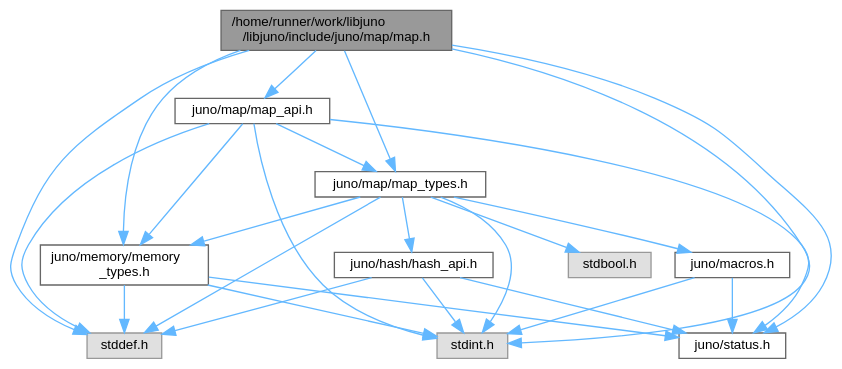
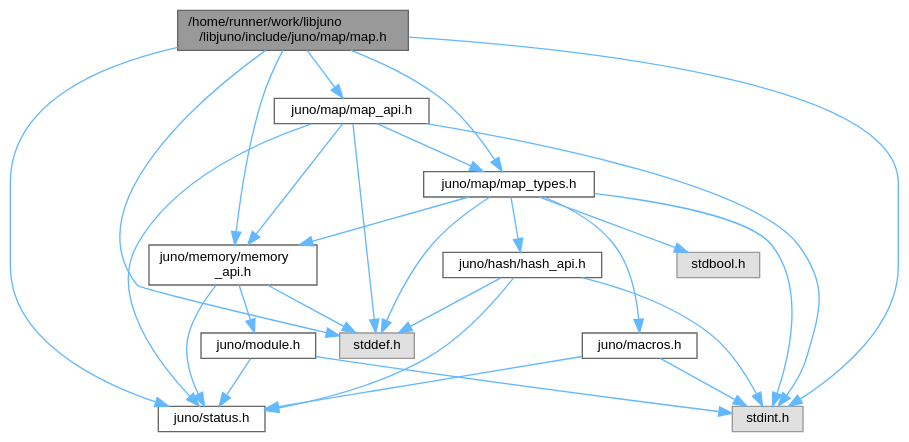
One commit to robinonsay/libjuno changed the diagram in map_8h__incl.dot. Above: the diagram before and after it, drawn with Graphviz. The commit also changed 208 other files, not shown here.

```diff
--- a/map_8h__incl.dot
+++ b/map_8h__incl.dot
@@ -1,42 +1,45 @@
 digraph "/home/runner/work/libjuno/libjuno/include/juno/map/map.h"
 {
  // LATEX_PDF_SIZE
   bgcolor="transparent";
   edge [fontname=Helvetica,fontsize=10,labelfontname=Helvetica,labelfontsize=10];
   node [fontname=Helvetica,fontsize=10,shape=box,height=0.2,width=0.4];
   Node1 [id="Node000001",label="/home/runner/work/libjuno\l/libjuno/include/juno/map/map.h",height=0.2,width=0.4,color="gray40", fillcolor="grey60", style="filled", fontcolor="black",tooltip=" "];
   Node1 -> Node2 [id="edge1_Node000001_Node000002",color="steelblue1",style="solid",tooltip=" "];
   Node2 [id="Node000002",label="juno/map/map_api.h",height=0.2,width=0.4,color="grey40", fillcolor="white", style="filled",URL="$map__api_8h.html",tooltip=" "];
   Node2 -> Node3 [id="edge2_Node000002_Node000003",color="steelblue1",style="solid",tooltip=" "];
-  Node3 [id="Node000003",label="juno/memory/memory\l_types.h",height=0.2,width=0.4,color="grey40", fillcolor="white", style="filled",URL="$memory__types_8h.html",tooltip=" "];
+  Node3 [id="Node000003",label="juno/memory/memory\l_api.h",height=0.2,width=0.4,color="grey40", fillcolor="white", style="filled",URL="$memory__api_8h.html",tooltip=" "];
   Node3 -> Node4 [id="edge3_Node000003_Node000004",color="steelblue1",style="solid",tooltip=" "];
-  Node4 [id="Node000004",label="stddef.h",height=0.2,width=0.4,color="grey60", fillcolor="#E0E0E0", style="filled",tooltip=" "];
+  Node4 [id="Node000004",label="juno/status.h",height=0.2,width=0.4,color="grey40", fillcolor="white", style="filled",URL="$status_8h.html",tooltip=" "];
   Node3 -> Node5 [id="edge4_Node000003_Node000005",color="steelblue1",style="solid",tooltip=" "];
-  Node5 [id="Node000005",label="stdint.h",height=0.2,width=0.4,color="grey60", fillcolor="#E0E0E0", style="filled",tooltip=" "];
-  Node3 -> Node6 [id="edge5_Node000003_Node000006",color="steelblue1",style="solid",tooltip=" "];
-  Node6 [id="Node000006",label="juno/status.h",height=0.2,width=0.4,color="grey40", fillcolor="white", style="filled",URL="$status_8h.html",tooltip=" "];
-  Node2 -> Node6 [id="edge6_Node000002_Node000006",color="steelblue1",style="solid",tooltip=" "];
-  Node2 -> Node4 [id="edge7_Node000002_Node000004",color="steelblue1",style="solid",tooltip=" "];
-  Node2 -> Node5 [id="edge8_Node000002_Node000005",color="steelblue1",style="solid",tooltip=" "];
+  Node5 [id="Node000005",label="juno/module.h",height=0.2,width=0.4,color="grey40", fillcolor="white", style="filled",URL="$module_8h.html",tooltip=" "];
+  Node5 -> Node4 [id="edge5_Node000005_Node000004",color="steelblue1",style="solid",tooltip=" "];
+  Node5 -> Node6 [id="edge6_Node000005_Node000006",color="steelblue1",style="solid",tooltip=" "];
+  Node6 [id="Node000006",label="stdint.h",height=0.2,width=0.4,color="grey60", fillcolor="#E0E0E0", style="filled",tooltip=" "];
+  Node3 -> Node7 [id="edge7_Node000003_Node000007",color="steelblue1",style="solid",tooltip=" "];
+  Node7 [id="Node000007",label="stddef.h",height=0.2,width=0.4,color="grey60", fillcolor="#E0E0E0", style="filled",tooltip=" "];
+  Node2 -> Node4 [id="edge8_Node000002_Node000004",color="steelblue1",style="solid",tooltip=" "];
   Node2 -> Node7 [id="edge9_Node000002_Node000007",color="steelblue1",style="solid",tooltip=" "];
-  Node7 [id="Node000007",label="juno/map/map_types.h",height=0.2,width=0.4,color="grey40", fillcolor="white", style="filled",URL="$map__types_8h.html",tooltip=" "];
-  Node7 -> Node8 [id="edge10_Node000007_Node000008",color="steelblue1",style="solid",tooltip=" "];
-  Node8 [id="Node000008",label="juno/hash/hash_api.h",height=0.2,width=0.4,color="grey40", fillcolor="white", style="filled",URL="$hash__api_8h.html",tooltip=" "];
-  Node8 -> Node4 [id="edge11_Node000008_Node000004",color="steelblue1",style="solid",tooltip=" "];
-  Node8 -> Node5 [id="edge12_Node000008_Node000005",color="steelblue1",style="solid",tooltip=" "];
-  Node8 -> Node6 [id="edge13_Node000008_Node000006",color="steelblue1",style="solid",tooltip=" "];
-  Node7 -> Node9 [id="edge14_Node000007_Node000009",color="steelblue1",style="solid",tooltip=" "];
-  Node9 [id="Node000009",label="juno/macros.h",height=0.2,width=0.4,color="grey40", fillcolor="white", style="filled",URL="$macros_8h.html",tooltip=" "];
-  Node9 -> Node6 [id="edge15_Node000009_Node000006",color="steelblue1",style="solid",tooltip=" "];
-  Node9 -> Node5 [id="edge16_Node000009_Node000005",color="steelblue1",style="solid",tooltip=" "];
-  Node7 -> Node3 [id="edge17_Node000007_Node000003",color="steelblue1",style="solid",tooltip=" "];
-  Node7 -> Node4 [id="edge18_Node000007_Node000004",color="steelblue1",style="solid",tooltip=" "];
-  Node7 -> Node5 [id="edge19_Node000007_Node000005",color="steelblue1",style="solid",tooltip=" "];
-  Node7 -> Node10 [id="edge20_Node000007_Node000010",color="steelblue1",style="solid",tooltip=" "];
-  Node10 [id="Node000010",label="stdbool.h",height=0.2,width=0.4,color="grey60", fillcolor="#E0E0E0", style="filled",tooltip=" "];
-  Node1 -> Node7 [id="edge21_Node000001_Node000007",color="steelblue1",style="solid",tooltip=" "];
-  Node1 -> Node3 [id="edge22_Node000001_Node000003",color="steelblue1",style="solid",tooltip=" "];
-  Node1 -> Node6 [id="edge23_Node000001_Node000006",color="steelblue1",style="solid",tooltip=" "];
-  Node1 -> Node4 [id="edge24_Node000001_Node000004",color="steelblue1",style="solid",tooltip=" "];
-  Node1 -> Node5 [id="edge25_Node000001_Node000005",color="steelblue1",style="solid",tooltip=" "];
+  Node2 -> Node6 [id="edge10_Node000002_Node000006",color="steelblue1",style="solid",tooltip=" "];
+  Node2 -> Node8 [id="edge11_Node000002_Node000008",color="steelblue1",style="solid",tooltip=" "];
+  Node8 [id="Node000008",label="juno/map/map_types.h",height=0.2,width=0.4,color="grey40", fillcolor="white", style="filled",URL="$map__types_8h.html",tooltip=" "];
+  Node8 -> Node9 [id="edge12_Node000008_Node000009",color="steelblue1",style="solid",tooltip=" "];
+  Node9 [id="Node000009",label="juno/hash/hash_api.h",height=0.2,width=0.4,color="grey40", fillcolor="white", style="filled",URL="$hash__api_8h.html",tooltip=" "];
+  Node9 -> Node7 [id="edge13_Node000009_Node000007",color="steelblue1",style="solid",tooltip=" "];
+  Node9 -> Node6 [id="edge14_Node000009_Node000006",color="steelblue1",style="solid",tooltip=" "];
+  Node9 -> Node4 [id="edge15_Node000009_Node000004",color="steelblue1",style="solid",tooltip=" "];
+  Node8 -> Node10 [id="edge16_Node000008_Node000010",color="steelblue1",style="solid",tooltip=" "];
+  Node10 [id="Node000010",label="juno/macros.h",height=0.2,width=0.4,color="grey40", fillcolor="white", style="filled",URL="$macros_8h.html",tooltip=" "];
+  Node10 -> Node4 [id="edge17_Node000010_Node000004",color="steelblue1",style="solid",tooltip=" "];
+  Node10 -> Node6 [id="edge18_Node000010_Node000006",color="steelblue1",style="solid",tooltip=" "];
+  Node8 -> Node3 [id="edge19_Node000008_Node000003",color="steelblue1",style="solid",tooltip=" "];
+  Node8 -> Node7 [id="edge20_Node000008_Node000007",color="steelblue1",style="solid",tooltip=" "];
+  Node8 -> Node6 [id="edge21_Node000008_Node000006",color="steelblue1",style="solid",tooltip=" "];
+  Node8 -> Node11 [id="edge22_Node000008_Node000011",color="steelblue1",style="solid",tooltip=" "];
+  Node11 [id="Node000011",label="stdbool.h",height=0.2,width=0.4,color="grey60", fillcolor="#E0E0E0", style="filled",tooltip=" "];
+  Node1 -> Node8 [id="edge23_Node000001_Node000008",color="steelblue1",style="solid",tooltip=" "];
+  Node1 -> Node3 [id="edge24_Node000001_Node000003",color="steelblue1",style="solid",tooltip=" "];
+  Node1 -> Node4 [id="edge25_Node000001_Node000004",color="steelblue1",style="solid",tooltip=" "];
+  Node1 -> Node7 [id="edge26_Node000001_Node000007",color="steelblue1",style="solid",tooltip=" "];
+  Node1 -> Node6 [id="edge27_Node000001_Node000006",color="steelblue1",style="solid",tooltip=" "];
 }
```
